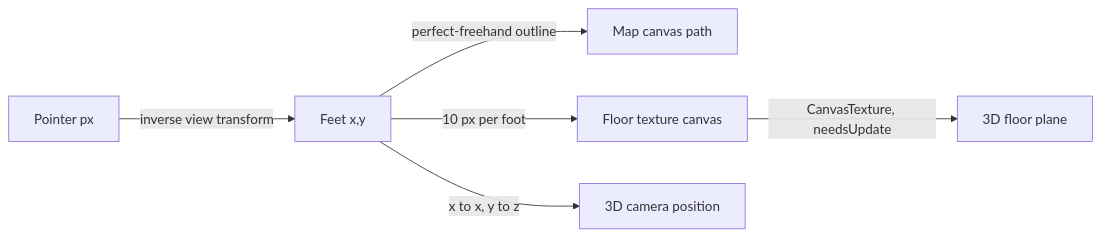
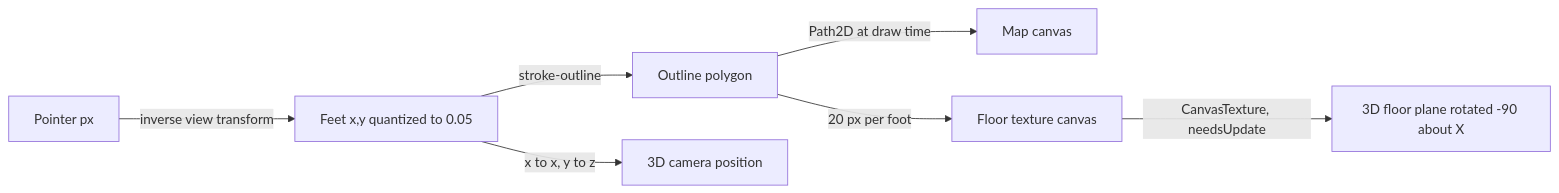
Before and after one commit to tomalterman/Haunted-House-Layout: the fourth of 4 diagrams in docs/plans/2026-09-08-2357-feat-haunted-house-layout-tool-plan.md, drawn with Mermaid. The commit also changed other lines of this file, not shown here.

````diff
--- a/docs/plans/2026-09-08-2357-feat-haunted-house-layout-tool-plan.md
+++ b/docs/plans/2026-09-08-2357-feat-haunted-house-layout-tool-plan.md
@@ -252,8 +277,9 @@
 ```mermaid
 flowchart LR
-  P[Pointer px] -->|inverse view transform| F[Feet x,y]
-  F -->|perfect-freehand outline| M[Map canvas path]
-  F -->|10 px per foot| T[Floor texture canvas]
-  T -->|CanvasTexture, needsUpdate| W[3D floor plane]
+  P[Pointer px] -->|inverse view transform| F[Feet x,y quantized to 0.05]
+  F -->|stroke-outline| O[Outline polygon]
+  O -->|Path2D at draw time| M[Map canvas]
+  O -->|20 px per foot| T[Floor texture canvas]
+  T -->|CanvasTexture, needsUpdate| W[3D floor plane rotated -90 about X]
   F -->|x to x, y to z| C[3D camera position]
 ```
````
